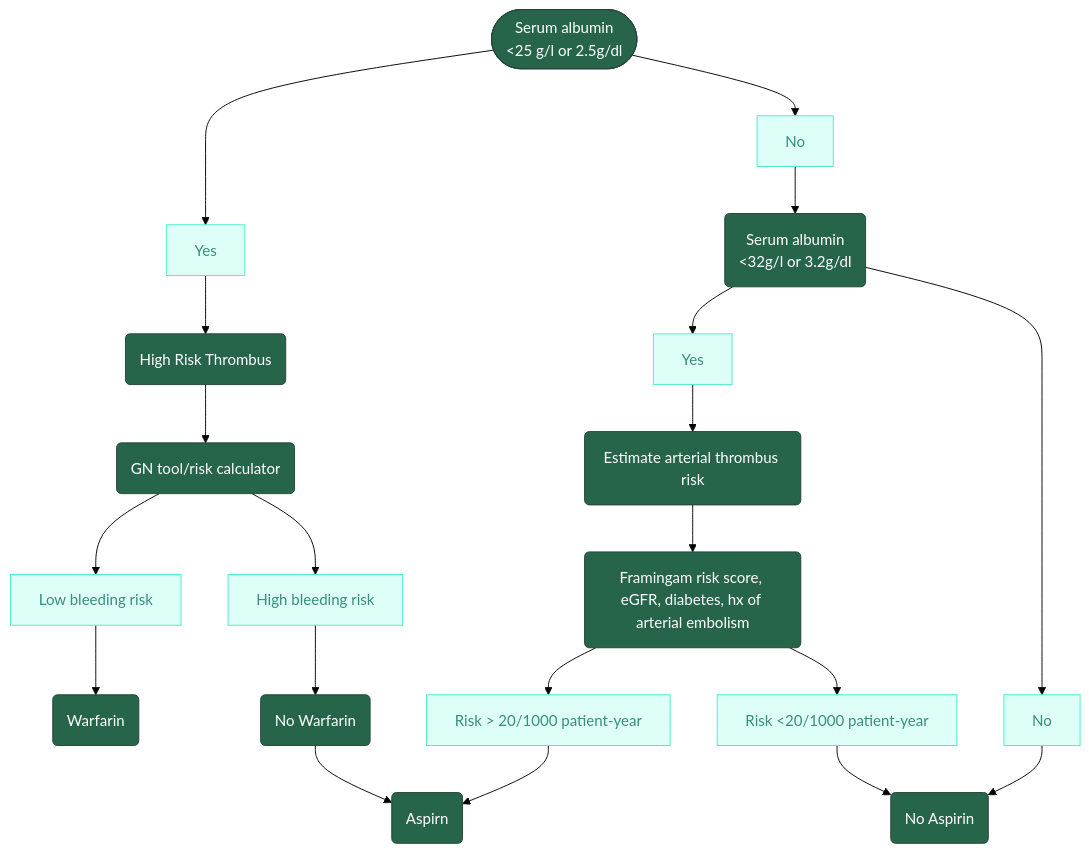
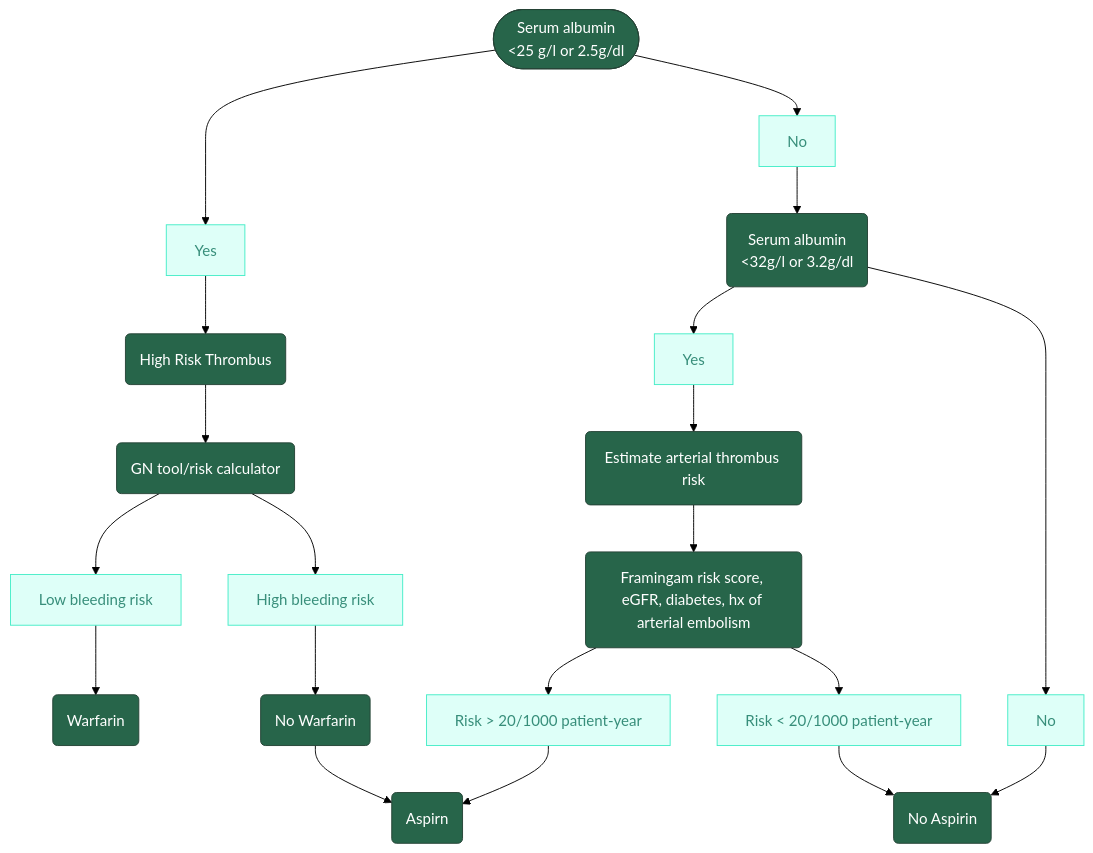
Before and after one commit to TTUNEPH2025/GN: the diagram in docs/Prophylaxis.md, drawn with Mermaid (forest theme). The commit also changed other lines of this file, not shown here.

````diff
--- a/docs/Prophylaxis.md
+++ b/docs/Prophylaxis.md
@@ -31,49 +32,49 @@
- ```mermaid
+```mermaid
 flowchart TD
     A(["Serum albumin
         &lt;25 g/l or 2.5g/dl"]) --> n17["Yes"] & n18["No"]
     B["High Risk Thrombus"] --> C["GN tool/risk calculator"]
     n1["Serum albumin
     &lt;32g/l or 3.2g/dl"] --> n21["Yes"] & n22["No"]
     n2["Estimate arterial thrombus risk"] --> n3["Framingam risk score, eGFR, diabetes, hx of arterial embolism"]
     C --> n19["Low bleeding risk"] & n20["High bleeding risk"]
-    n3 --> n23["Risk > 20/1000 patient-year"] & n24["Risk &lt;20/1000 patient-year"]
+    n3 --> n23["Risk > 20/1000 patient-year"] & n24["Risk &lt; 20/1000 patient-year"]
     n5["No Warfarin"] --> n6["Aspirn"]
     n17 --> B
     n18 --> n1
     n19 --> n4["Warfarin"]
     n20 --> n5
     n21 --> n2
     n22 --> n7["No Aspirin"]
     n24 --> n7
     n23 --> n6
     B@{ shape: rounded}
     C@{ shape: rounded}
     n1@{ shape: rounded}
     n2@{ shape: rounded}
     n3@{ shape: rounded}
     n5@{ shape: rounded}
     n6@{ shape: rounded}
     n4@{ shape: rounded}
     n7@{ shape: rounded}
      A:::Pine
      n17:::Aqua
      n18:::Aqua
      B:::Pine
      C:::Pine
      n1:::Pine
      n21:::Aqua
      n22:::Aqua
      n2:::Pine
      n3:::Pine
      n19:::Aqua
      n20:::Aqua
      n23:::Aqua
      n24:::Aqua
      n5:::Pine
      n6:::Pine
      n4:::Pine
      n7:::Pine
     classDef Aqua stroke-width:1px, stroke-dasharray:none, stroke:#46EDC8, fill:#DEFFF8, color:#378E7A
     classDef Pine stroke-width:1px, stroke-dasharray:none, stroke:#254336, fill:#27654A, color:#FFFFFF
 ```
````
